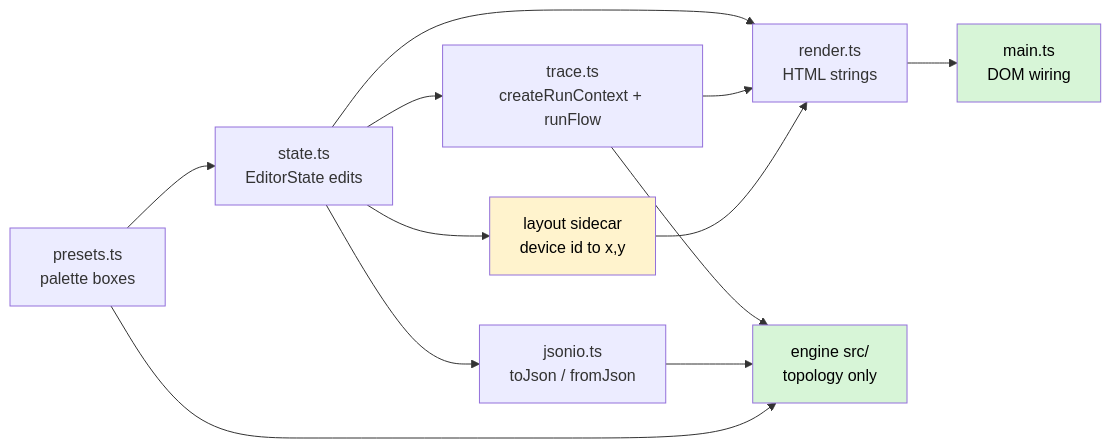
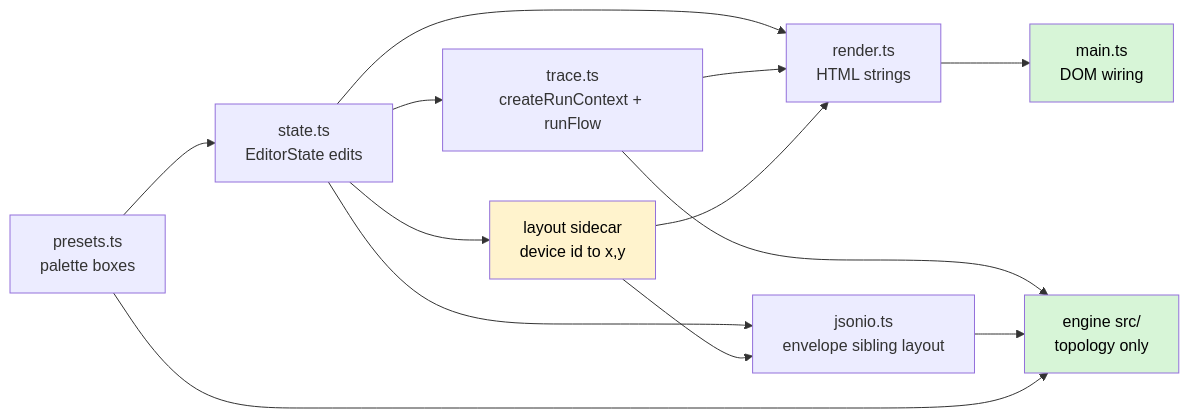
The third of 4 diagrams in docs/architecture.md (alanfong93/network-sandbox), drawn with Mermaid before and after one commit. The commit also changed other lines of this file and 8 other files, not shown here.

First line of the commit message:
feat: layout sidecar on sandbox JSON envelope (#104) (#110)

````diff
--- a/docs/architecture.md
+++ b/docs/architecture.md
@@ -179,17 +180,18 @@
 ```mermaid
 flowchart LR
     P[presets.ts<br>palette boxes] --> S[state.ts<br>EditorState edits]
     S --> R[render.ts<br>HTML strings]
     S --> T[trace.ts<br>createRunContext + runFlow]
     T --> R
-    S --> J[jsonio.ts<br>toJson / fromJson]
+    S --> J[jsonio.ts<br>envelope sibling layout]
     S --> LY[layout sidecar<br>device id to x,y]
+    LY --> J
     LY --> R
     R --> M[main.ts<br>DOM wiring]
     T --> E[engine src/<br>topology only]
     J --> E
     P --> E
     style E fill:#d7f5d7,color:#000
     style M fill:#d7f5d7,color:#000
     style LY fill:#fff3cd,color:#000
 ```
````
